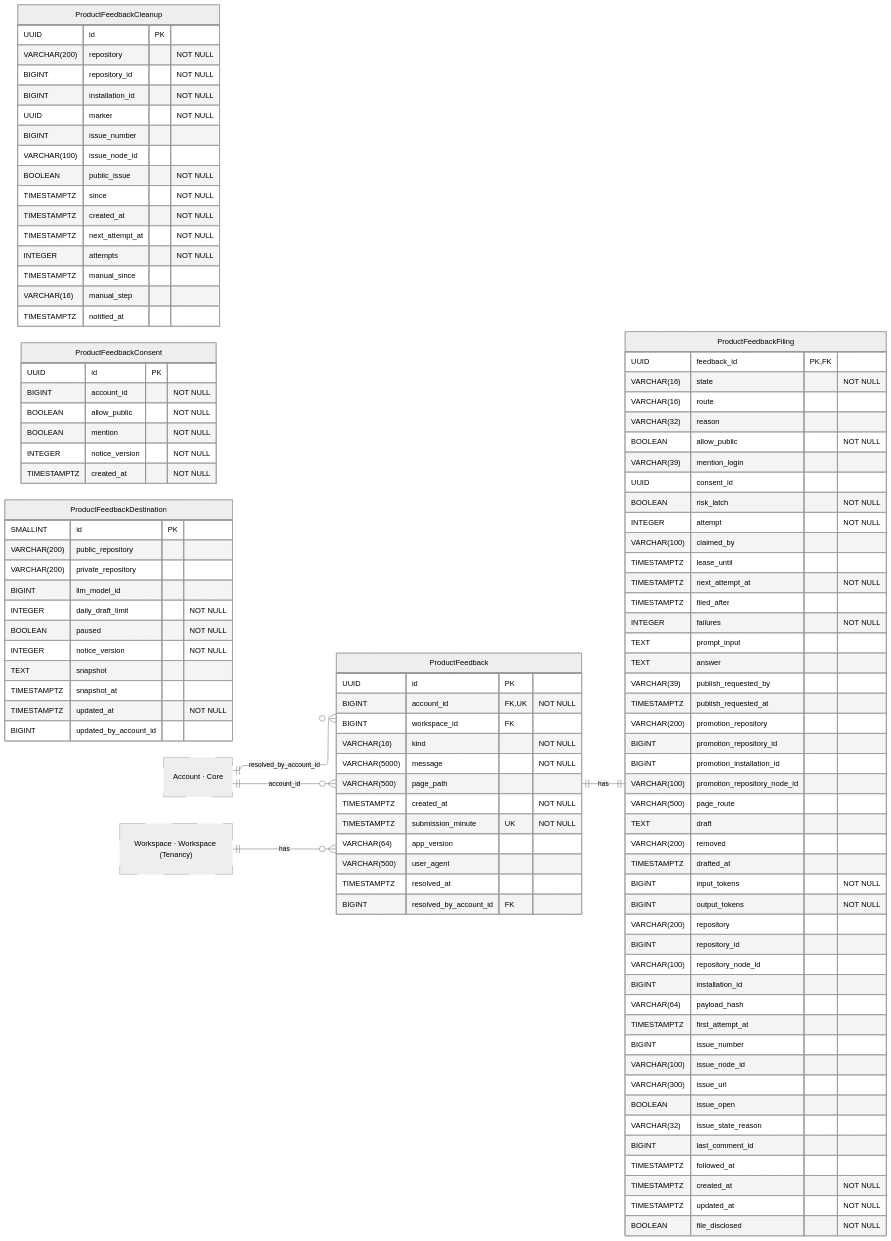
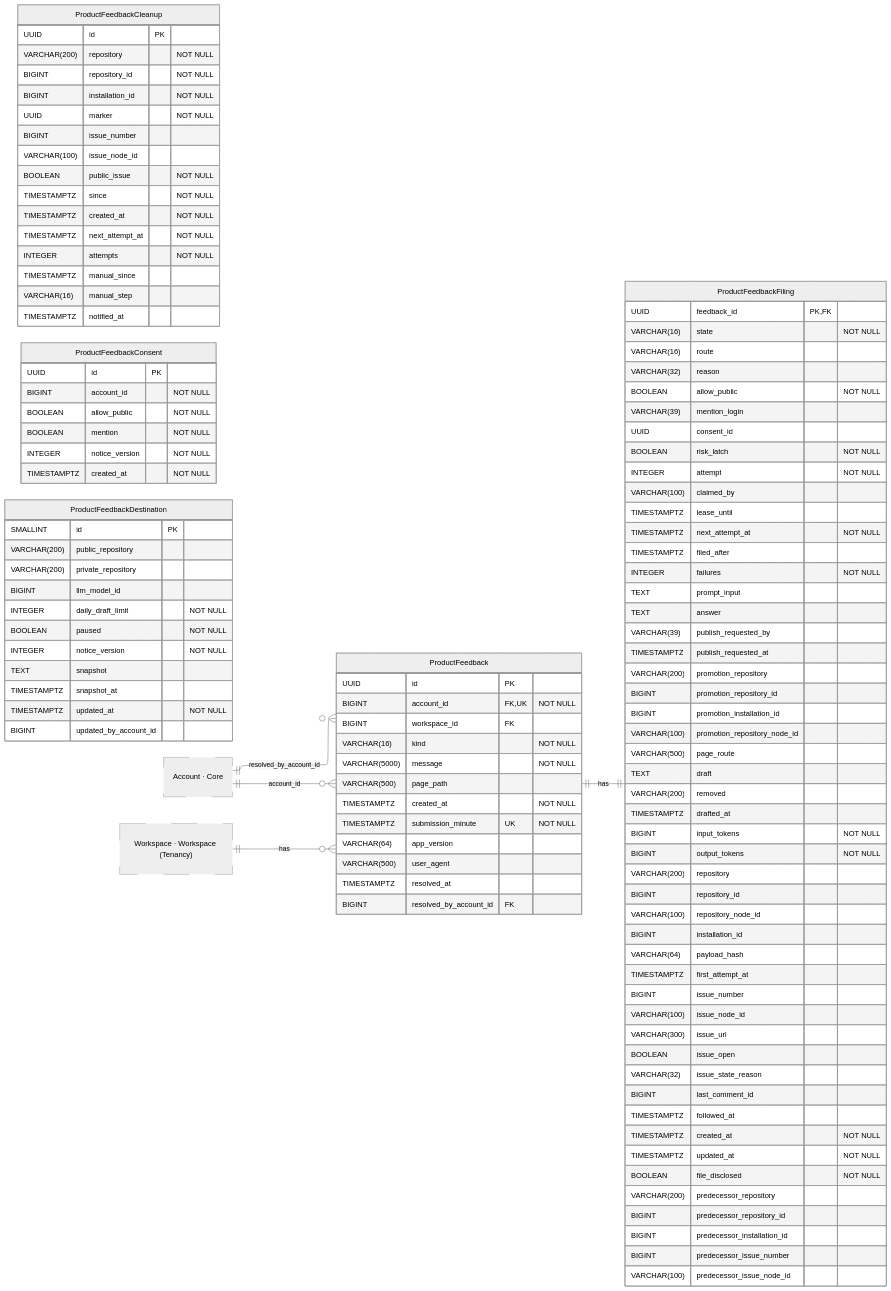
Before and after one commit to hephaestus-build/Hephaestus: the diagram in docs/contributor/erd/productfeedback.mmd, drawn with Mermaid (neutral theme). The commit also changed 47 other files, not shown here.

```diff
--- a/docs/contributor/erd/productfeedback.mmd
+++ b/docs/contributor/erd/productfeedback.mmd
@@ -1,134 +1,139 @@
 ---
 config:
     layout: elk
 ---
 erDiagram
     %% Generated automatically from PostgreSQL database schema
     %% using scripts/generate-mermaid-erd.ts
     %% To regenerate: vp run db:generate-erd-docs
 
     direction LR
 
     ProductFeedback {
         UUID id PK
         BIGINT account_id FK,UK "NOT NULL"
         BIGINT workspace_id FK
         VARCHAR(16) kind "NOT NULL"
         VARCHAR(5000) message "NOT NULL"
         VARCHAR(500) page_path
         TIMESTAMPTZ created_at "NOT NULL"
         TIMESTAMPTZ submission_minute UK "NOT NULL"
         VARCHAR(64) app_version
         VARCHAR(500) user_agent
         TIMESTAMPTZ resolved_at
         BIGINT resolved_by_account_id FK
     }
 
     ProductFeedbackCleanup {
         UUID id PK
         VARCHAR(200) repository "NOT NULL"
         BIGINT repository_id "NOT NULL"
         BIGINT installation_id "NOT NULL"
         UUID marker "NOT NULL"
         BIGINT issue_number
         VARCHAR(100) issue_node_id
         BOOLEAN public_issue "NOT NULL"
         TIMESTAMPTZ since "NOT NULL"
         TIMESTAMPTZ created_at "NOT NULL"
         TIMESTAMPTZ next_attempt_at "NOT NULL"
         INTEGER attempts "NOT NULL"
         TIMESTAMPTZ manual_since
         VARCHAR(16) manual_step
         TIMESTAMPTZ notified_at
     }
 
     ProductFeedbackConsent {
         UUID id PK
         BIGINT account_id "NOT NULL"
         BOOLEAN allow_public "NOT NULL"
         BOOLEAN mention "NOT NULL"
         INTEGER notice_version "NOT NULL"
         TIMESTAMPTZ created_at "NOT NULL"
     }
 
     ProductFeedbackDestination {
         SMALLINT id PK
         VARCHAR(200) public_repository
         VARCHAR(200) private_repository
         BIGINT llm_model_id
         INTEGER daily_draft_limit "NOT NULL"
         BOOLEAN paused "NOT NULL"
         INTEGER notice_version "NOT NULL"
         TEXT snapshot
         TIMESTAMPTZ snapshot_at
         TIMESTAMPTZ updated_at "NOT NULL"
         BIGINT updated_by_account_id
     }
 
     ProductFeedbackFiling {
         UUID feedback_id PK,FK
         VARCHAR(16) state "NOT NULL"
         VARCHAR(16) route
         VARCHAR(32) reason
         BOOLEAN allow_public "NOT NULL"
         VARCHAR(39) mention_login
         UUID consent_id
         BOOLEAN risk_latch "NOT NULL"
         INTEGER attempt "NOT NULL"
         VARCHAR(100) claimed_by
         TIMESTAMPTZ lease_until
         TIMESTAMPTZ next_attempt_at "NOT NULL"
         TIMESTAMPTZ filed_after
         INTEGER failures "NOT NULL"
         TEXT prompt_input
         TEXT answer
         VARCHAR(39) publish_requested_by
         TIMESTAMPTZ publish_requested_at
         VARCHAR(200) promotion_repository
         BIGINT promotion_repository_id
         BIGINT promotion_installation_id
         VARCHAR(100) promotion_repository_node_id
         VARCHAR(500) page_route
         TEXT draft
         VARCHAR(200) removed
         TIMESTAMPTZ drafted_at
         BIGINT input_tokens "NOT NULL"
         BIGINT output_tokens "NOT NULL"
         VARCHAR(200) repository
         BIGINT repository_id
         VARCHAR(100) repository_node_id
         BIGINT installation_id
         VARCHAR(64) payload_hash
         TIMESTAMPTZ first_attempt_at
         BIGINT issue_number
         VARCHAR(100) issue_node_id
         VARCHAR(300) issue_url
         BOOLEAN issue_open
         VARCHAR(32) issue_state_reason
         BIGINT last_comment_id
         TIMESTAMPTZ followed_at
         TIMESTAMPTZ created_at "NOT NULL"
         TIMESTAMPTZ updated_at "NOT NULL"
         BOOLEAN file_disclosed "NOT NULL"
+        VARCHAR(200) predecessor_repository
+        BIGINT predecessor_repository_id
+        BIGINT predecessor_installation_id
+        BIGINT predecessor_issue_number
+        VARCHAR(100) predecessor_issue_node_id
     }
 
     Account["Account · Core"]
     Workspace["Workspace · Workspace (Tenancy)"]
 
     %% Relationships
     %% One-to-One relationships
     ProductFeedback ||--|| ProductFeedbackFiling : has
 
     %% One-to-Many relationships
     Account ||--o{ ProductFeedback : account_id
     Account ||--o{ ProductFeedback : resolved_by_account_id
     Workspace ||--o{ ProductFeedback : has
 
     %% Styling
     classDef primaryEntity stroke:#0288d1,stroke-width:2px
     classDef associationEntity stroke:#8e24aa,stroke-width:2px
     classDef metadataEntity stroke:#43a047,stroke-width:2px
     classDef referenceEntity stroke-dasharray:5 5
 
     class Account referenceEntity
     class Workspace referenceEntity
```
